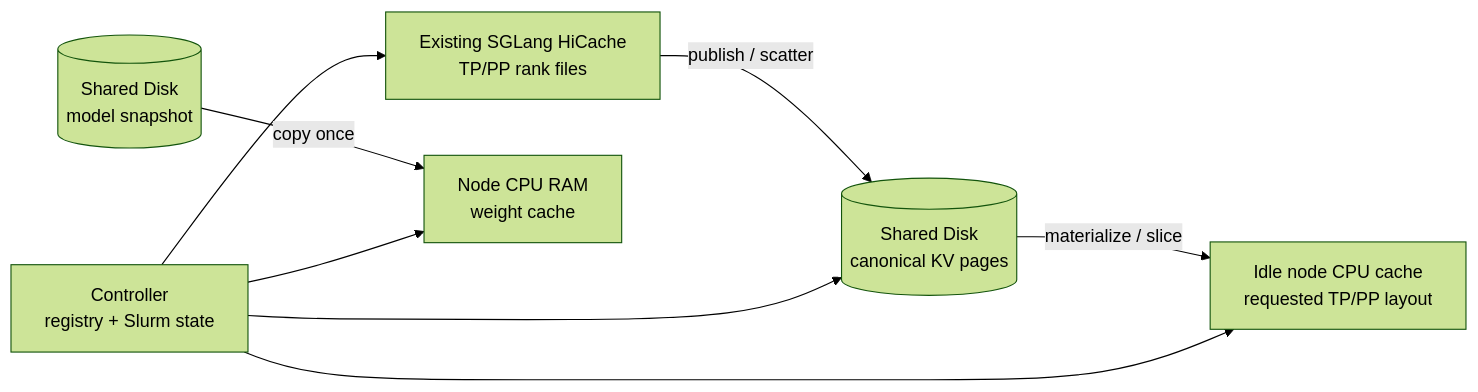
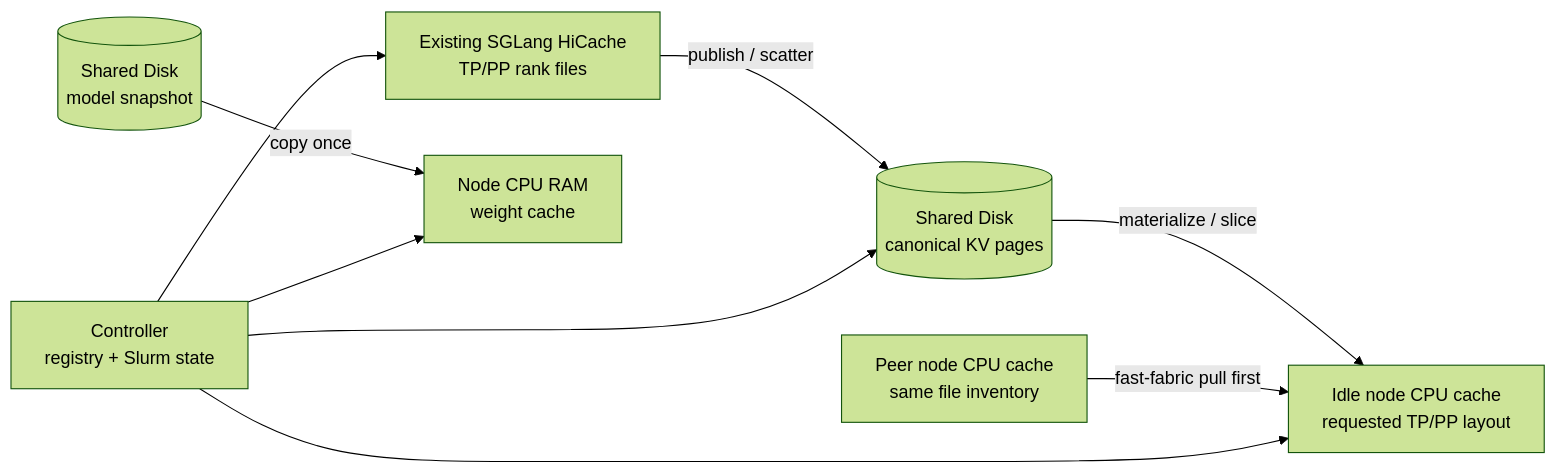
The diagram in README.md (paprikaw/sglang-kv-cache-orchestrator), drawn with Mermaid (forest theme) before and after one commit. The commit also changed other lines of this file and 9 other files, not shown here.

Commit message:
Add peer-first CPU KV cache hydration

````diff
--- a/README.md
+++ b/README.md
@@ -10,10 +10,11 @@
 ```mermaid
 flowchart LR
     A[Existing SGLang HiCache\nTP/PP rank files] -->|publish / scatter| D
     D[(Shared Disk\ncanonical KV pages)] -->|materialize / slice| B[Idle node CPU cache\nrequested TP/PP layout]
+    P[Peer node CPU cache\nsame file inventory] -->|fast-fabric pull first| B
     W[(Shared Disk\nmodel snapshot)] -->|copy once| R[Node CPU RAM\nweight cache]
     C[Controller\nregistry + Slurm state] --> A
     C --> D
     C --> B
     C --> R
 ```
````
